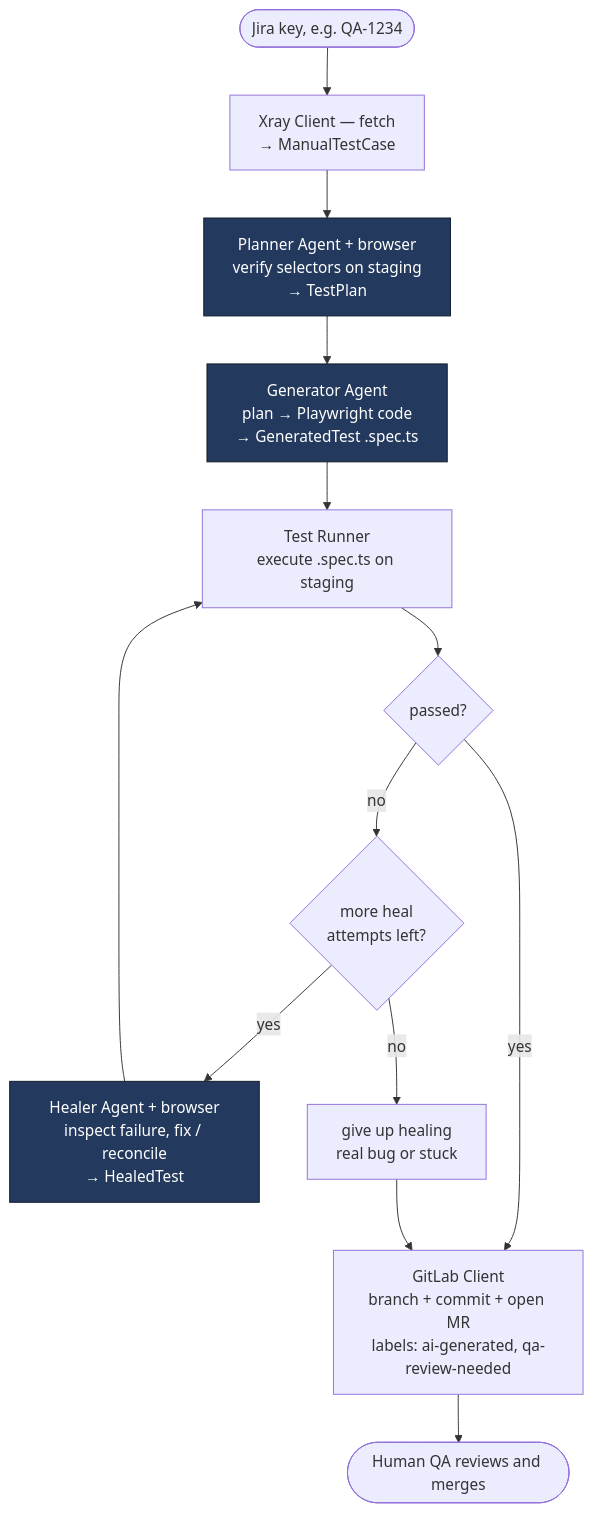
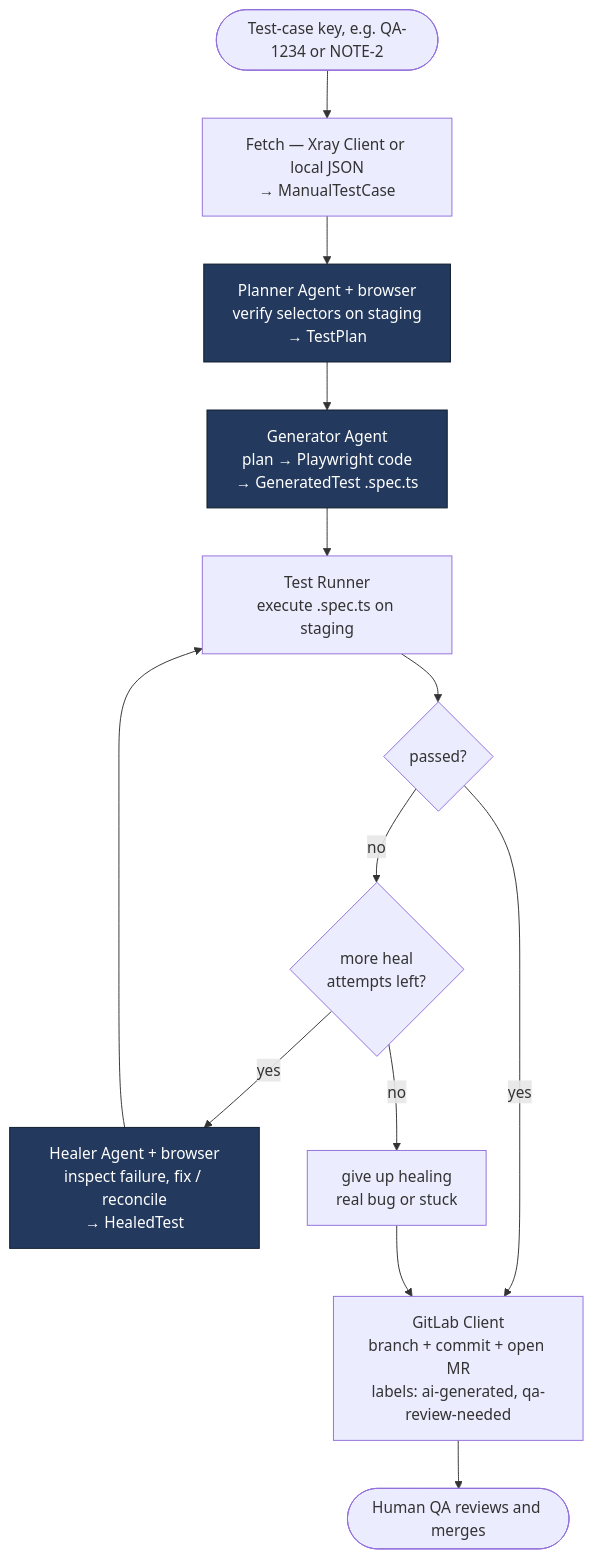
The first of 3 diagrams in docs/WORKFLOW.md (jpucic00/agentic-test-automation), drawn with Mermaid before and after one commit. The commit also changed other lines of this file and 23 other files, not shown here.

````diff
--- a/docs/WORKFLOW.md
+++ b/docs/WORKFLOW.md
@@ -10,21 +10,21 @@
 ```mermaid
 flowchart TD
-    START([Jira key, e.g. QA-1234]) --> FETCH
+    START([Test-case key, e.g. QA-1234 or NOTE-2]) --> FETCH
 
-    FETCH["Xray Client — fetch<br/>→ ManualTestCase"] --> PLAN
+    FETCH["Fetch — Xray Client or local JSON<br/>→ ManualTestCase"] --> PLAN
     PLAN["Planner Agent + browser<br/>verify selectors on staging<br/>→ TestPlan"] --> GEN
     GEN["Generator Agent<br/>plan → Playwright code<br/>→ GeneratedTest .spec.ts"] --> RUN
 
     RUN["Test Runner<br/>execute .spec.ts on staging"] --> Q1{passed?}
     Q1 -- yes --> MR
     Q1 -- no --> Q2{more heal<br/>attempts left?}
     Q2 -- yes --> HEAL["Healer Agent + browser<br/>inspect failure, fix / reconcile<br/>→ HealedTest"]
     HEAL --> RUN
     Q2 -- no --> FLAG["give up healing<br/>real bug or stuck"]
     FLAG --> MR
 
     MR["GitLab Client<br/>branch + commit + open MR<br/>labels: ai-generated, qa-review-needed"] --> REVIEW([Human QA reviews and merges])
 
     classDef agent fill:#23395d,color:#fff,stroke:#0d1b2a;
     class PLAN,GEN,HEAL agent;
 ```
````
